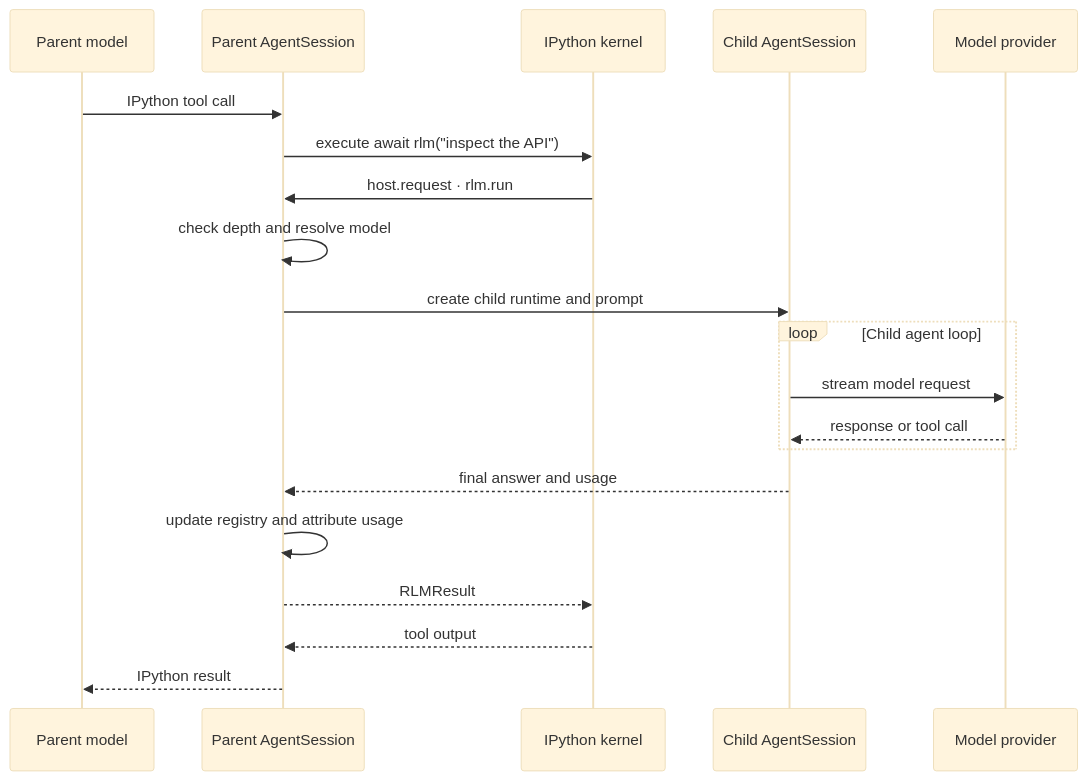
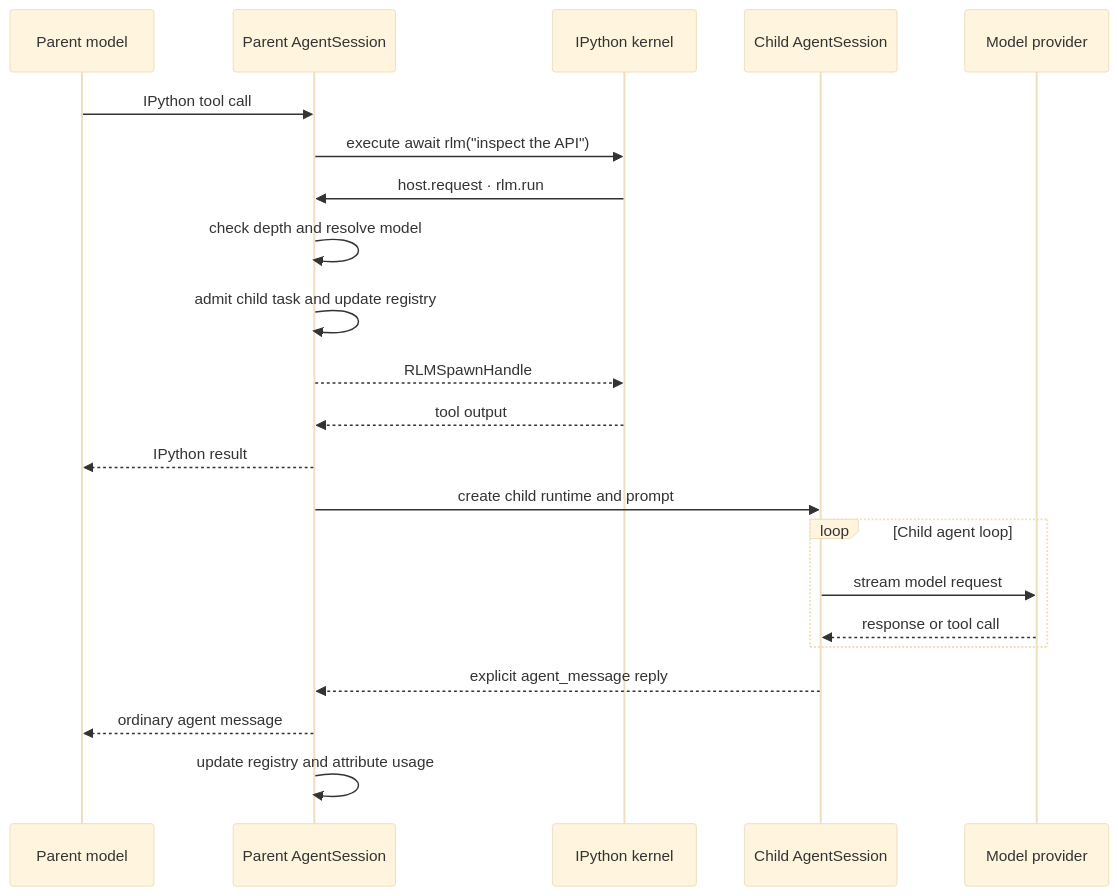
The second of 2 diagrams in packages/coding-agent/docs/rlm-runtime.md (0niel/prime-agent), drawn with Mermaid (base theme) before and after one commit. The commit also changed other lines of this file and 47 other files, not shown here.

````diff
--- a/packages/coding-agent/docs/rlm-runtime.md
+++ b/packages/coding-agent/docs/rlm-runtime.md
@@ -36,23 +36,25 @@
 ```mermaid
 sequenceDiagram
     participant M as Parent model
     participant H as Parent AgentSession
     participant K as IPython kernel
     participant C as Child AgentSession
     participant P as Model provider
 
     M->>H: IPython tool call
     H->>K: execute await rlm("inspect the API")
     K->>H: host.request · rlm.run
     H->>H: check depth and resolve model
+    H->>H: admit child task and update registry
+    H-->>K: RLMSpawnHandle
+    K-->>H: tool output
+    H-->>M: IPython result
     H->>C: create child runtime and prompt
     loop Child agent loop
         C->>P: stream model request
         P-->>C: response or tool call
     end
-    C-->>H: final answer and usage
+    C-->>H: explicit agent_message reply
+    H-->>M: ordinary agent message
     H->>H: update registry and attribute usage
-    H-->>K: RLMResult
-    K-->>H: tool output
-    H-->>M: IPython result
 ```
````
